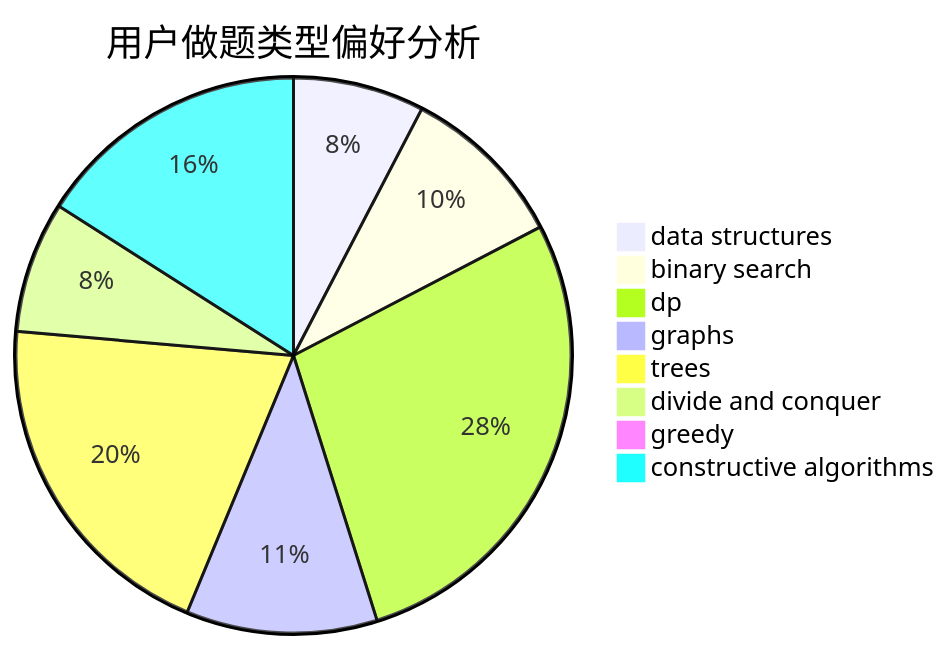
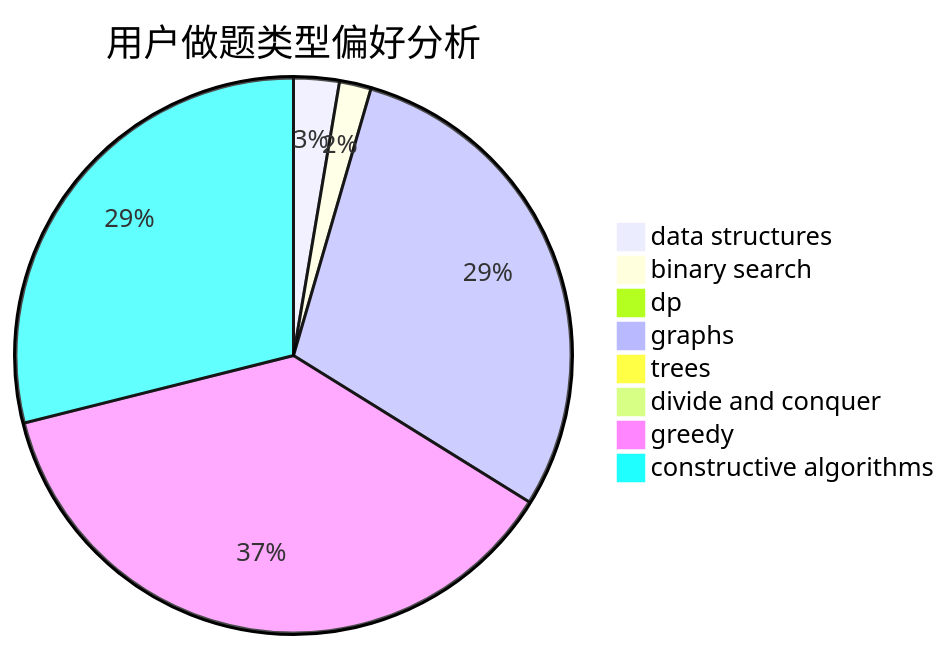
The second of 3 diagrams in docs/user/u1848.md (sherpahu/cfrs.github.io), drawn with Mermaid before and after one commit. The commit also changed other lines of this file and 2770 other files, not shown here.

````diff
--- a/docs/user/u1848.md
+++ b/docs/user/u1848.md
@@ -23,11 +23,11 @@
 ```mermaid
 pie title 用户做题类型偏好分析
-    "data structures" :  11
-    "binary search" :  14
-    "dp" :  40
-    "graphs" :  16
-    "trees" :  29
-    "divide and conquer" :  11
-    "greedy" :  0
-    "constructive algorithms" :  23
+    "data structures" :  36
+    "binary search" :  25
+    "dp" :  5
+    "graphs" :  398
+    "trees" :  11
+    "divide and conquer" :  0
+    "greedy" :  505
+    "constructive algorithms" :  392
 ```
````
